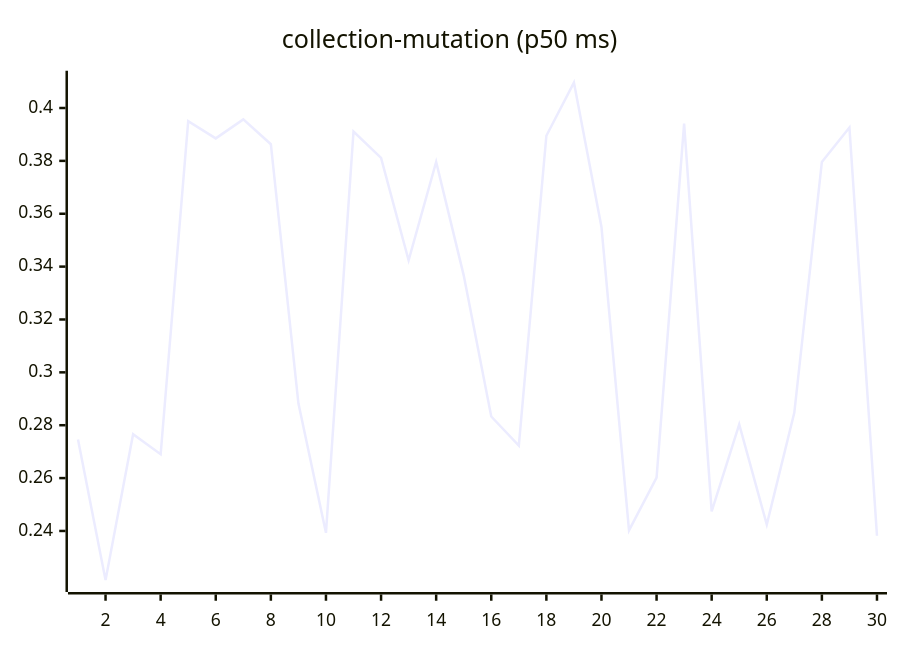
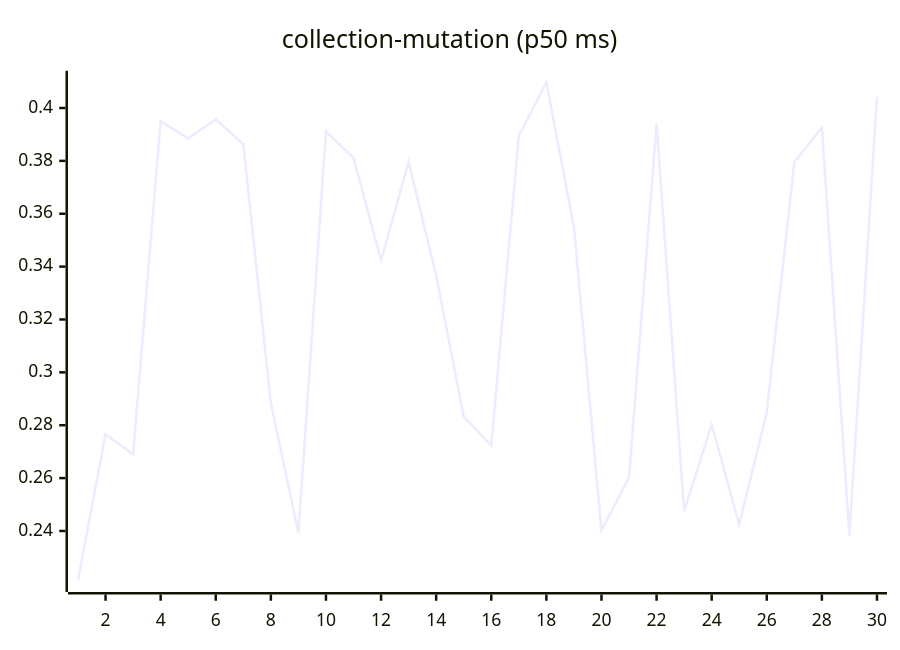
One commit to josha/Facet changed the sixth of 27 diagrams in README.md. Above: the diagram before and after it, drawn with Mermaid. The commit also changed other lines of this file and 2 other files, not shown here.

````diff
--- a/README.md
+++ b/README.md
@@ -98,6 +98,6 @@
 ```mermaid
 xychart-beta
     title "collection-mutation (p50 ms)"
     x-axis 1 --> 30
-    line [0.2746, 0.2214, 0.2766, 0.2690, 0.3950, 0.3885, 0.3957, 0.3863, 0.2883, 0.2393, 0.3911, 0.3811, 0.3424, 0.3796, 0.3367, 0.2833, 0.2723, 0.3895, 0.4096, 0.3550, 0.2402, 0.2602, 0.3941, 0.2474, 0.2803, 0.2424, 0.2848, 0.3796, 0.3926, 0.2382]
+    line [0.2214, 0.2766, 0.2690, 0.3950, 0.3885, 0.3957, 0.3863, 0.2883, 0.2393, 0.3911, 0.3811, 0.3424, 0.3796, 0.3367, 0.2833, 0.2723, 0.3895, 0.4096, 0.3550, 0.2402, 0.2602, 0.3941, 0.2474, 0.2803, 0.2424, 0.2848, 0.3796, 0.3926, 0.2382, 0.4042]
 ```
````
